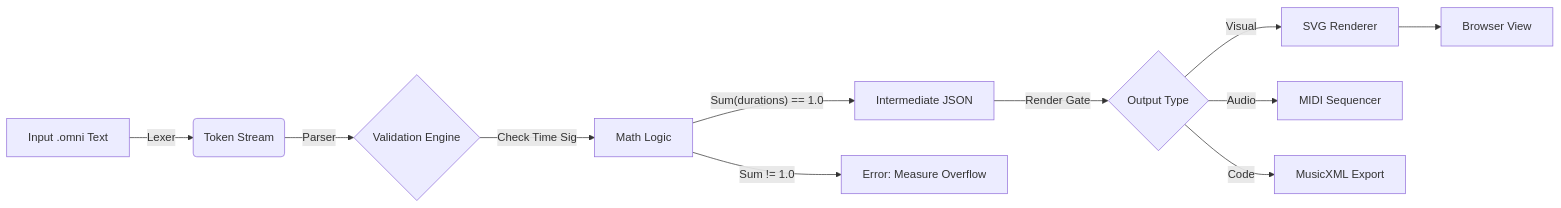
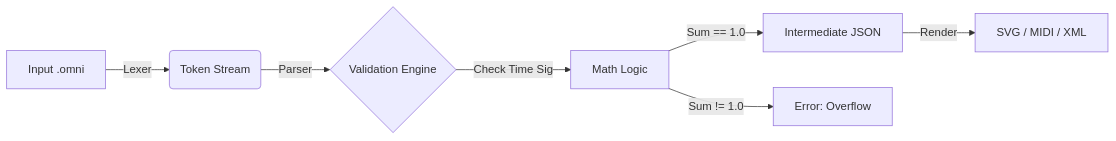
The third of 4 diagrams in Readme.md (alec-borman/OmniScoreNotationLanguage), drawn with Mermaid before and after one commit. The commit also changed other lines of this file, not shown here.

````diff
--- a/Readme.md
+++ b/Readme.md
@@ -465,17 +220,11 @@
 ```mermaid
 flowchart LR
-    A[Input .omni Text] -->|Lexer| B(Token Stream)
+    A[Input .omni] -->|Lexer| B(Token Stream)
     B -->|Parser| C{Validation Engine}
     
     C --Check Time Sig--> D[Math Logic]
-    D --"Sum(durations) == 1.0"--> E[Intermediate JSON]
-    D --"Sum != 1.0"--> X[Error: Measure Overflow]
+    D --"Sum == 1.0"--> E[Intermediate JSON]
+    D --"Sum != 1.0"--> X[Error: Overflow]
     
-    E -->|Render Gate| F{Output Type}
-    
-    F -->|Visual| G[SVG Renderer]
-    F -->|Audio| H[MIDI Sequencer]
-    F -->|Code| I[MusicXML Export]
-    
-    G --> J[Browser View]
+    E -->|Render| F[SVG / MIDI / XML]
 ```
````
